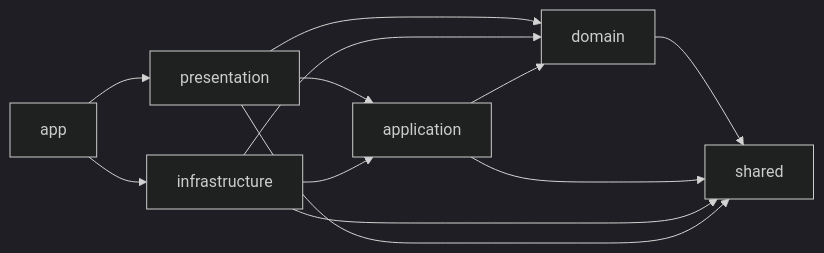
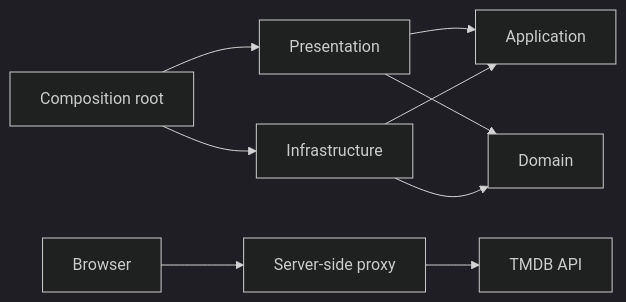
Before and after one commit to ecpieritz/tmbd-movies: the first of 2 diagrams in docs/architecture.md, drawn with Mermaid (dark theme). The commit also changed other lines of this file and 4 other files, not shown here.

````diff
--- a/docs/architecture.md
+++ b/docs/architecture.md
@@ -23,14 +9,11 @@
 ```mermaid
 flowchart LR
-  App[app] --> Presentation[presentation]
-  App --> Infrastructure[infrastructure]
-  Presentation --> Application[application]
-  Presentation --> Domain[domain]
-  Infrastructure --> Application
-  Infrastructure --> Domain
-  Application --> Domain
-  Domain --> Shared[shared]
-  Application --> Shared
-  Infrastructure --> Shared
-  Presentation --> Shared
+  UI[Presentation] --> UseCases[Application]
+  UI --> Domain
+  Infra[Infrastructure] --> Domain
+  Infra --> UseCases
+  App[Composition root] --> UI
+  App --> Infra
+  Browser[Browser] --> Proxy[Server-side proxy]
+  Proxy --> TMDB[TMDB API]
 ```
````
